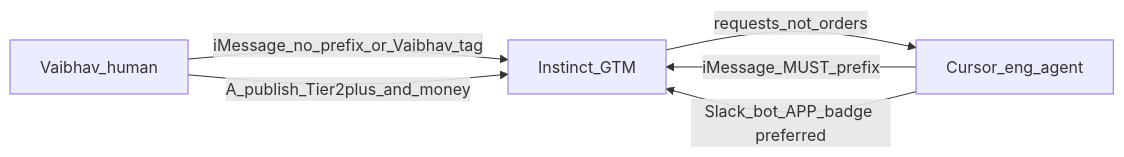
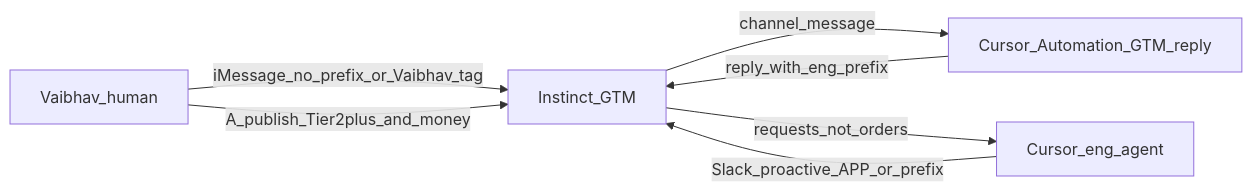
One commit to vaibhav11123/mcp-watchdog changed the diagram in docs/GTM-COMMS.md. Above: the diagram before and after it, drawn with Mermaid. The commit also changed other lines of this file and 26 other files, not shown here.

````diff
--- a/docs/GTM-COMMS.md
+++ b/docs/GTM-COMMS.md
@@ -12,11 +24,13 @@
 ```mermaid
 flowchart LR
   Vaibhav[Vaibhav_human]
   Cursor[Cursor_eng_agent]
+  Auto[Cursor_Automation_GTM_reply]
   Instinct[Instinct_GTM]
   Vaibhav -->|"iMessage_no_prefix_or_Vaibhav_tag"| Instinct
-  Cursor -->|"iMessage_MUST_prefix"| Instinct
-  Cursor -->|"Slack_bot_APP_badge preferred"| Instinct
+  Cursor -->|"Slack_proactive_APP_or_prefix"| Instinct
+  Instinct -->|"channel_message"| Auto
+  Auto -->|"reply_with_eng_prefix"| Instinct
   Instinct -->|"requests_not_orders"| Cursor
   Vaibhav -->|A_publish_Tier2plus_and_money| Instinct
 ```
````
